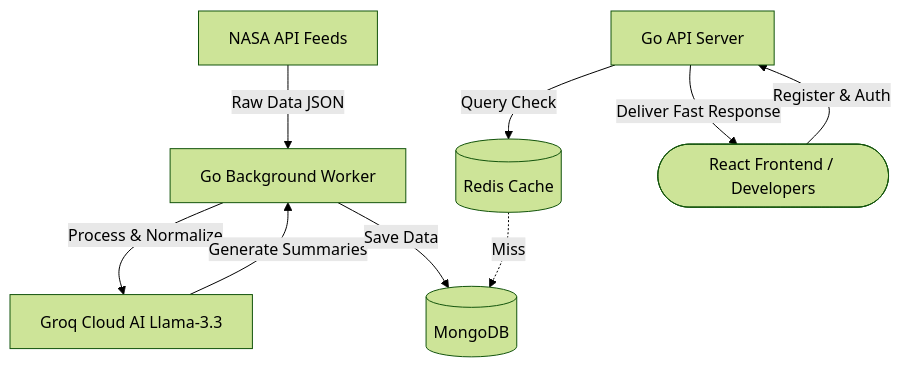
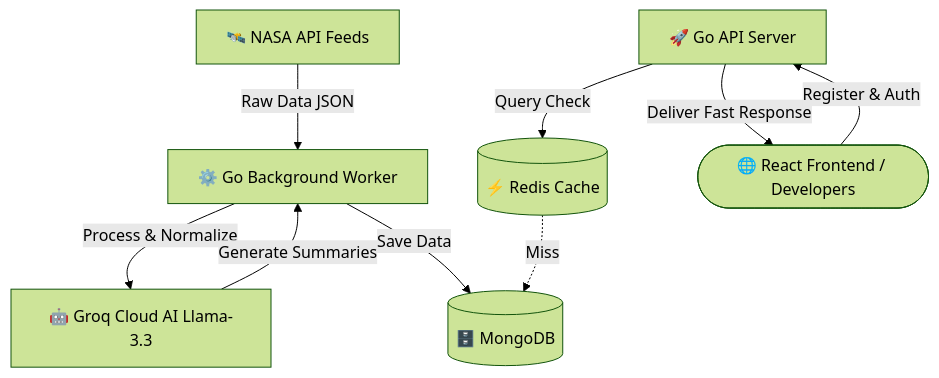
One commit to sargisis/SpaceFetch changed the diagram in README.md. Above: the diagram before and after it, drawn with Mermaid (forest theme). The commit also changed other lines of this file, not shown here.

````diff
--- a/README.md
+++ b/README.md
@@ -32,11 +198,11 @@
 ```mermaid
 graph TD
-    NASA[NASA API Feeds] -->|Raw Data JSON| Worker[Go Background Worker]
-    Worker -->|Process & Normalize| AI[Groq Cloud AI Llama-3.3]
+    NASA[🛰️ NASA API Feeds] -->|Raw Data JSON| Worker[⚙️ Go Background Worker]
+    Worker -->|Process & Normalize| AI[🤖 Groq Cloud AI Llama-3.3]
     AI -->|Generate Summaries| Worker
-    Worker -->|Save Data| Mongo[(MongoDB)]
-    API[Go API Server] -->|Query Check| RedisCache[(Redis Cache)]
+    Worker -->|Save Data| Mongo[(🗄️ MongoDB)]
+    API[🚀 Go API Server] -->|Query Check| RedisCache[(⚡ Redis Cache)]
     RedisCache -.->|Miss| Mongo
-    API -->|Deliver Fast Response| Client([React Frontend / Developers])
+    API -->|Deliver Fast Response| Client([🌐 React Frontend / Developers])
     Client -->|Register & Auth| API
 ```
````
